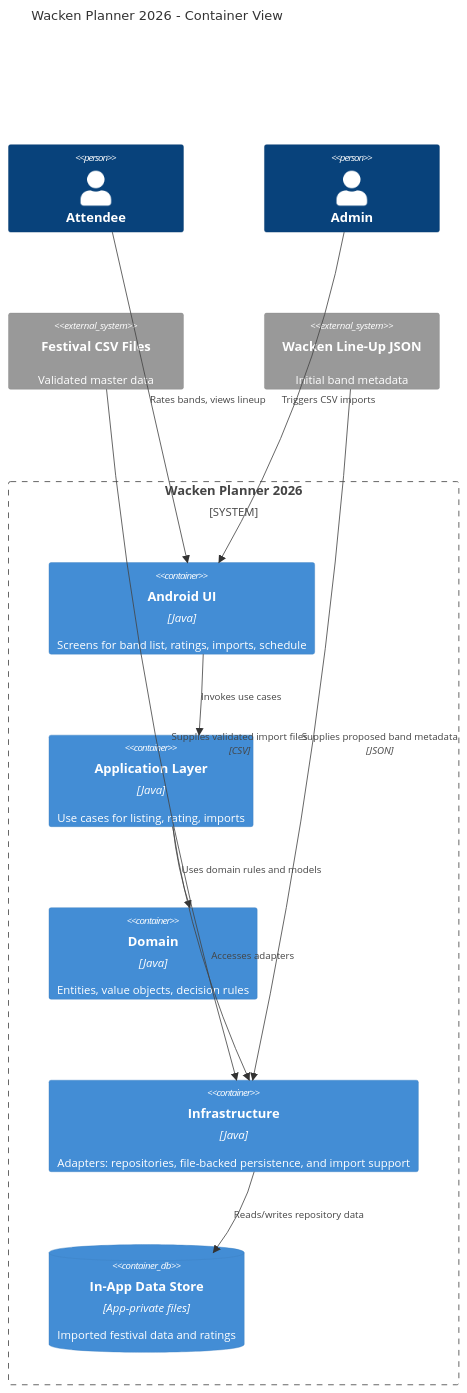
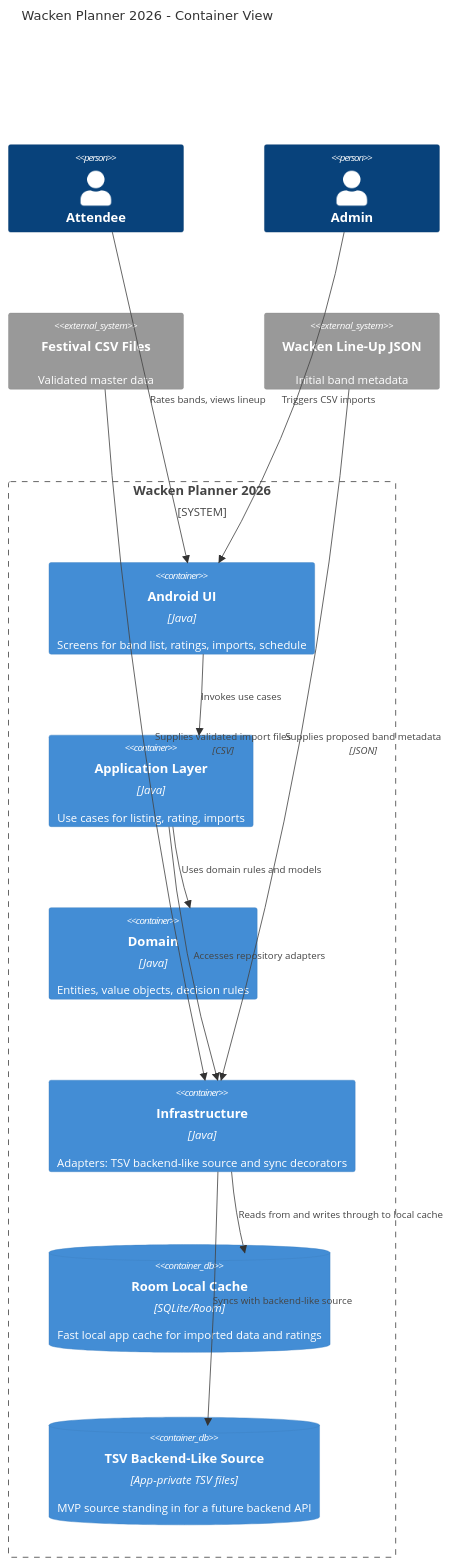
Before and after one commit to DinoDeWaen/wacken: the third of 3 diagrams in README.md, drawn with Mermaid. The commit also changed other lines of this file and 66 other files, not shown here.

Commit message:
Complete band UI and Room cache tasks

````diff
--- a/README.md
+++ b/README.md
@@ -78,25 +85,27 @@
 ```mermaid
 C4Container
     title Wacken Planner 2026 - Container View
     Person(attendee, "Attendee")
     Person(admin, "Admin")
     System_Ext(csvSource, "Festival CSV Files", "Validated master data")
     System_Ext(wackenSite, "Wacken Line-Up JSON", "Initial band metadata")
 
     System_Boundary(app, "Wacken Planner 2026") {
         Container(ui, "Android UI", "Java", "Screens for band list, ratings, imports, schedule")
         Container(appsvc, "Application Layer", "Java", "Use cases for listing, rating, imports")
         Container(domain, "Domain", "Java", "Entities, value objects, decision rules")
-        Container(infra, "Infrastructure", "Java", "Adapters: repositories, file-backed persistence, and import support")
-        ContainerDb(data, "In-App Data Store", "App-private files", "Imported festival data and ratings")
+        Container(infra, "Infrastructure", "Java", "Adapters: TSV backend-like source and sync decorators")
+        ContainerDb(cache, "Room Local Cache", "SQLite/Room", "Fast local app cache for imported data and ratings")
+        ContainerDb(tsv, "TSV Backend-Like Source", "App-private TSV files", "MVP source standing in for a future backend API")
     }
 
     Rel(attendee, ui, "Rates bands, views lineup")
     Rel(admin, ui, "Triggers CSV imports")
     Rel(ui, appsvc, "Invokes use cases")
     Rel(appsvc, domain, "Uses domain rules and models")
-    Rel(appsvc, infra, "Accesses adapters")
-    Rel(infra, data, "Reads/writes repository data")
+    Rel(appsvc, infra, "Accesses repository adapters")
+    Rel(infra, cache, "Reads from and writes through to local cache")
+    Rel(infra, tsv, "Syncs with backend-like source")
     Rel(csvSource, infra, "Supplies validated import files", "CSV")
     Rel(wackenSite, infra, "Supplies proposed band metadata", "JSON")
 ```
````
